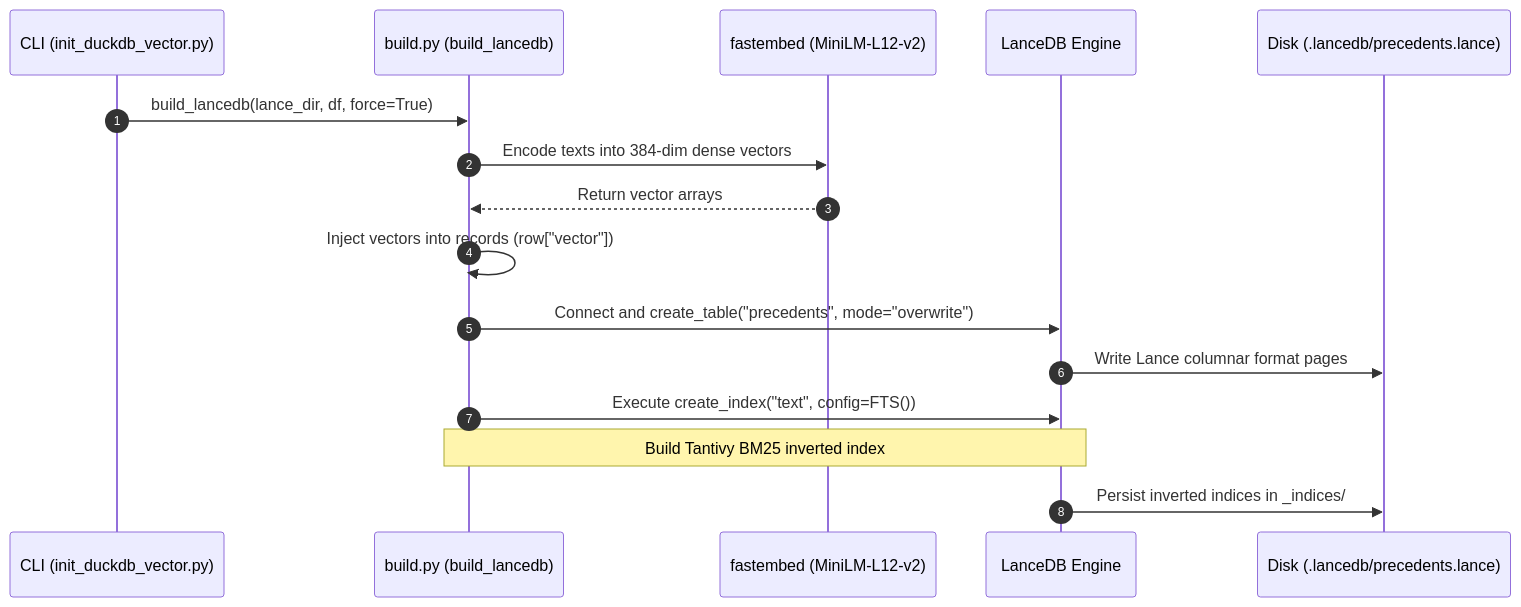
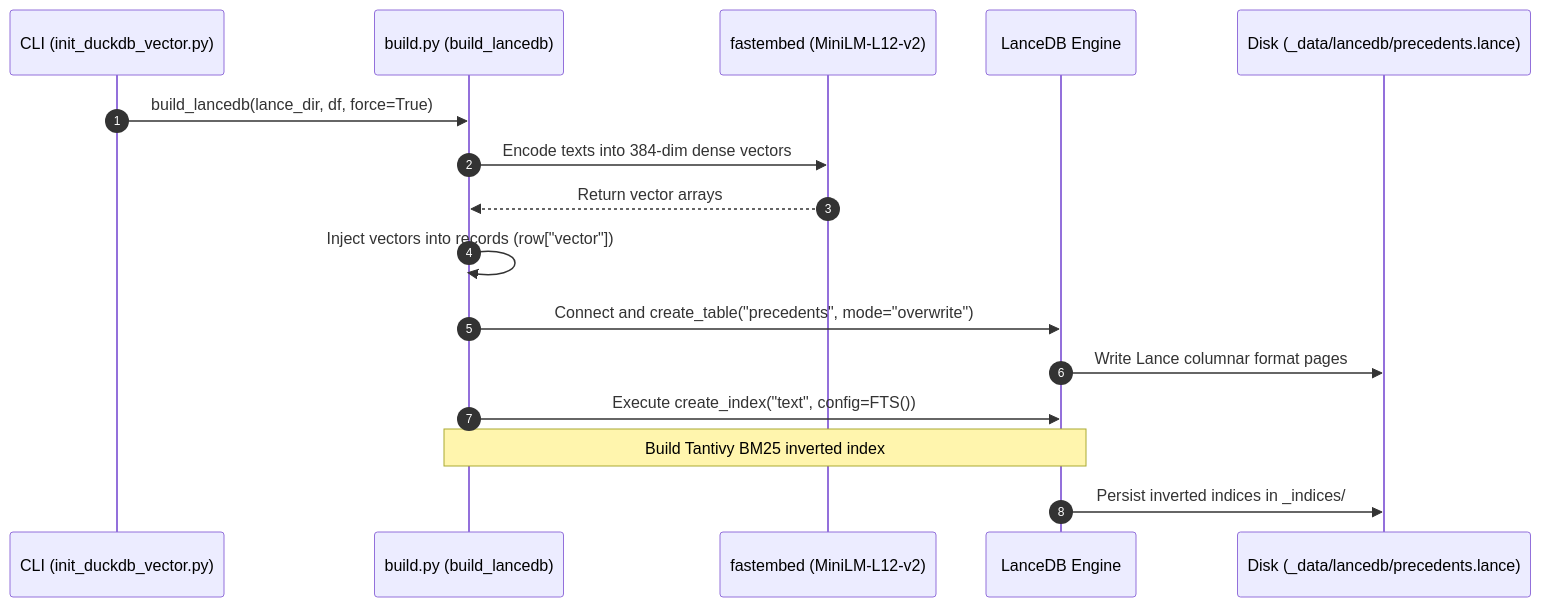
One commit to edgesentry/marine-claims-ai changed the third of 5 diagrams in docs/database_architecture_and_lifecycle.md. Above: the diagram before and after it, drawn with Mermaid. The commit also changed other lines of this file and 5 other files, not shown here.

````diff
--- a/docs/database_architecture_and_lifecycle.md
+++ b/docs/database_architecture_and_lifecycle.md
@@ -179,19 +179,19 @@
 ```mermaid
 sequenceDiagram
     autonumber
     participant CLI as CLI (init_duckdb_vector.py)
     participant BUILD as build.py (build_lancedb)
     participant FE as fastembed (MiniLM-L12-v2)
     participant LANCE as LanceDB Engine
-    participant FS as Disk (.lancedb/precedents.lance)
+    participant FS as Disk (_data/lancedb/precedents.lance)
 
     CLI->>BUILD: build_lancedb(lance_dir, df, force=True)
     BUILD->>FE: Encode texts into 384-dim dense vectors
     FE-->>BUILD: Return vector arrays
     BUILD->>BUILD: Inject vectors into records (row["vector"])
     BUILD->>LANCE: Connect and create_table("precedents", mode="overwrite")
     LANCE->>FS: Write Lance columnar format pages
     BUILD->>LANCE: Execute create_index("text", config=FTS())
     Note over BUILD,LANCE: Build Tantivy BM25 inverted index
     LANCE->>FS: Persist inverted indices in _indices/
 ```
````
